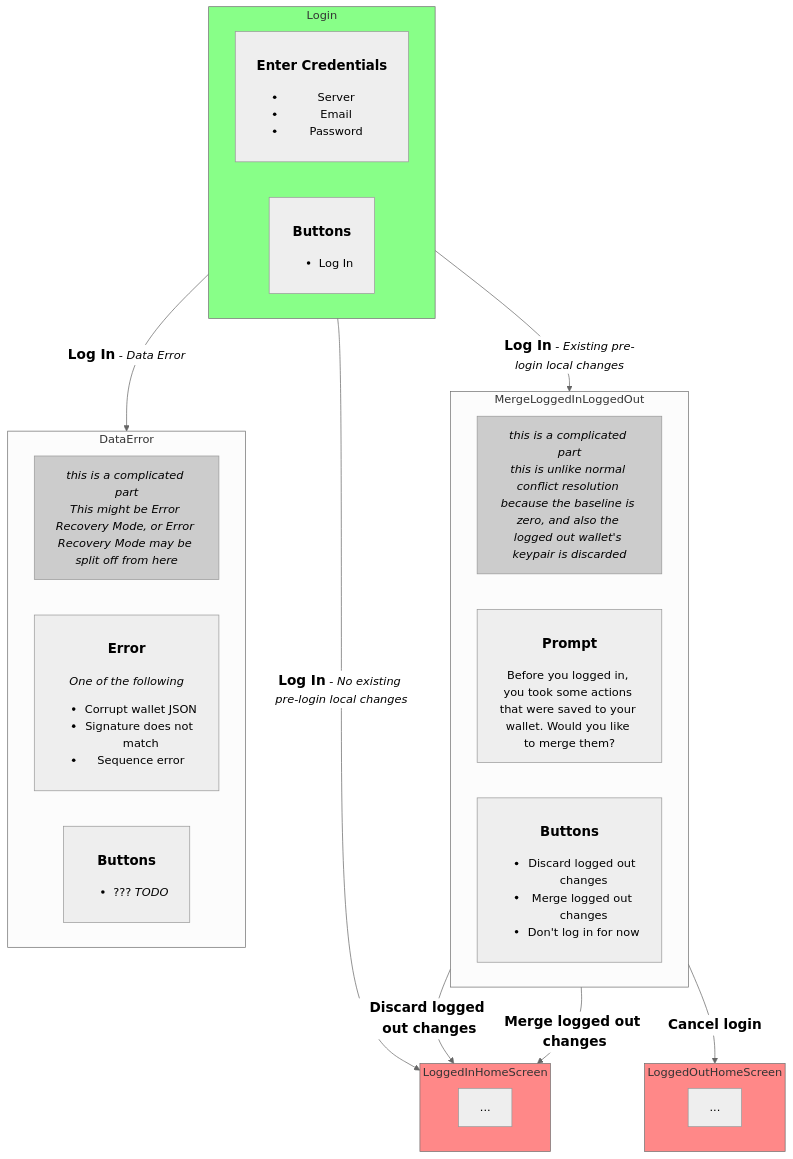
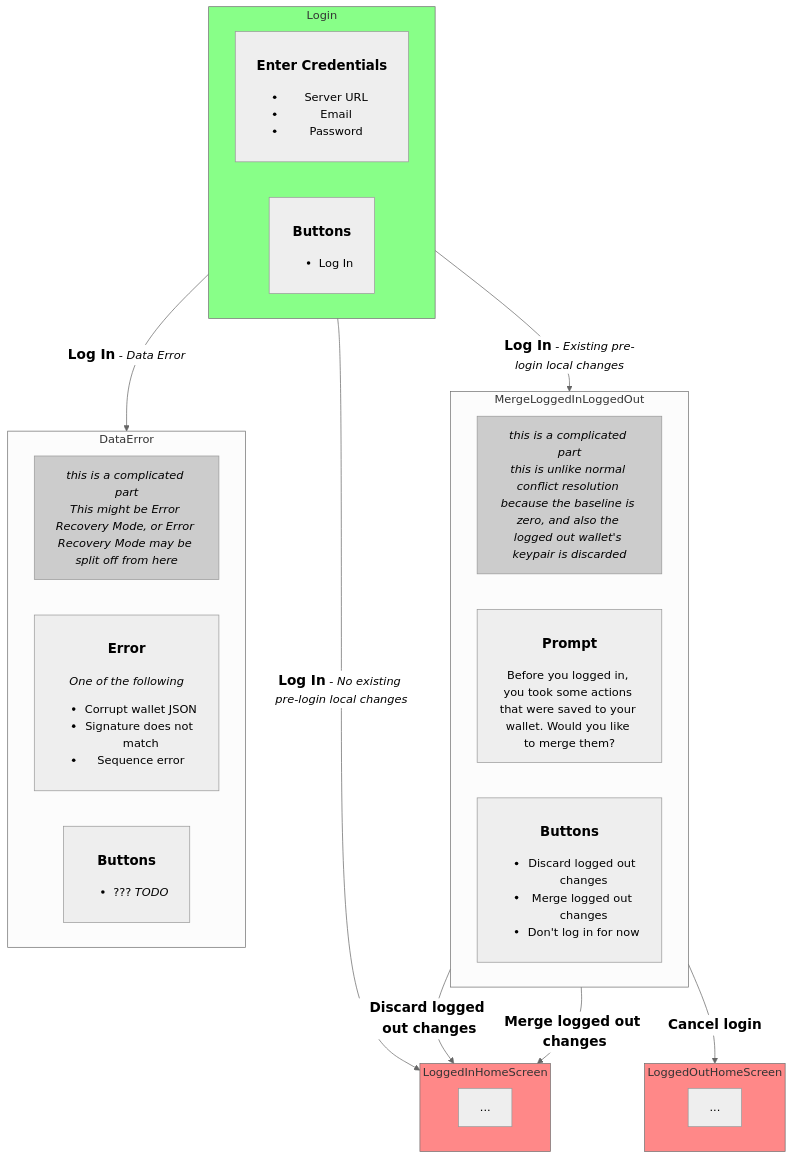
One commit to orblivion/lbry-wallet-sync-draft changed the second of 7 diagrams in spec/user-flows.md. Above: the diagram before and after it, drawn with Mermaid (neutral theme). The commit also changed other lines of this file, not shown here.

Commit message:
Spacing and "Server URL"

````diff
--- a/spec/user-flows.md
+++ b/spec/user-flows.md
@@ -97,49 +97,49 @@
 ```mermaid
 flowchart TD
   classDef start fill:#8f8;
   classDef finish fill:#f88;
   classDef editorNote fill:#CCC;
   Login:::start
   LoggedInHomeScreen:::finish
   LoggedOutHomeScreen:::finish
   MergeLoggedInLoggedOut3:::editorNote
   DataError3:::editorNote
 
   Login --<big><b>Log In</b></big> - <i>Existing pre-login local changes</i>--> MergeLoggedInLoggedOut
   Login --<big><b>Log In</b></big> - <i>Data Error<i>--> DataError
   Login --<big><b>Log In</b></big> - <i>No existing pre-login local changes</i>--> LoggedInHomeScreen
 
   MergeLoggedInLoggedOut --<big><b>Discard logged out changes</b></big>--> LoggedInHomeScreen
   MergeLoggedInLoggedOut --<big><b>Merge logged out changes</b></big>--> LoggedInHomeScreen
   MergeLoggedInLoggedOut --<big><b>Cancel login</b></big>--> LoggedOutHomeScreen
 
   subgraph LoggedInHomeScreen
     direction RL
     LoggedInHomeScreen1[...]
   end
 
   subgraph LoggedOutHomeScreen
     direction RL
     LoggedOutHomeScreen1[...]
   end
 
   subgraph MergeLoggedInLoggedOut
     direction RL
     MergeLoggedInLoggedOut1[<h3>Prompt</h3>Before you logged in, you took some actions that were saved to your wallet. Would you like to merge them?]
     MergeLoggedInLoggedOut2[<h3>Buttons</h3><ul><li>Discard logged out changes</li><li>Merge logged out changes</li><li>Don't log in for now</li></ul>]
     MergeLoggedInLoggedOut3[<i>this is a complicated part<br>this is unlike normal conflict resolution because the baseline is zero, and also the logged out wallet's keypair is discarded</i>]
   end
 
   subgraph DataError
     direction RL
     DataError1[<h3>Error</h3><i>One of the following</i><ul><li>Corrupt wallet JSON</li><li>Signature does not match</li><li>Sequence error</li></ul>]
     DataError2[<h3>Buttons</h3><ul><li>??? <i>TODO</i></li></ul>]
     DataError3[<i>this is a complicated part<br>This might be Error Recovery Mode, or Error Recovery Mode may be split off from here</i>]
   end
 
   subgraph Login
     direction RL
-    Login1[<h3>Enter Credentials</h3><ul><li>Server</li><li>Email</li><li>Password</li></ul>]
+    Login1[<h3>Enter Credentials</h3><ul><li>Server URL</li><li>Email</li><li>Password</li></ul>]
     Login2[<h3>Buttons</h3><ul><li>Log In</li></ul>]
   end
 ```
````
